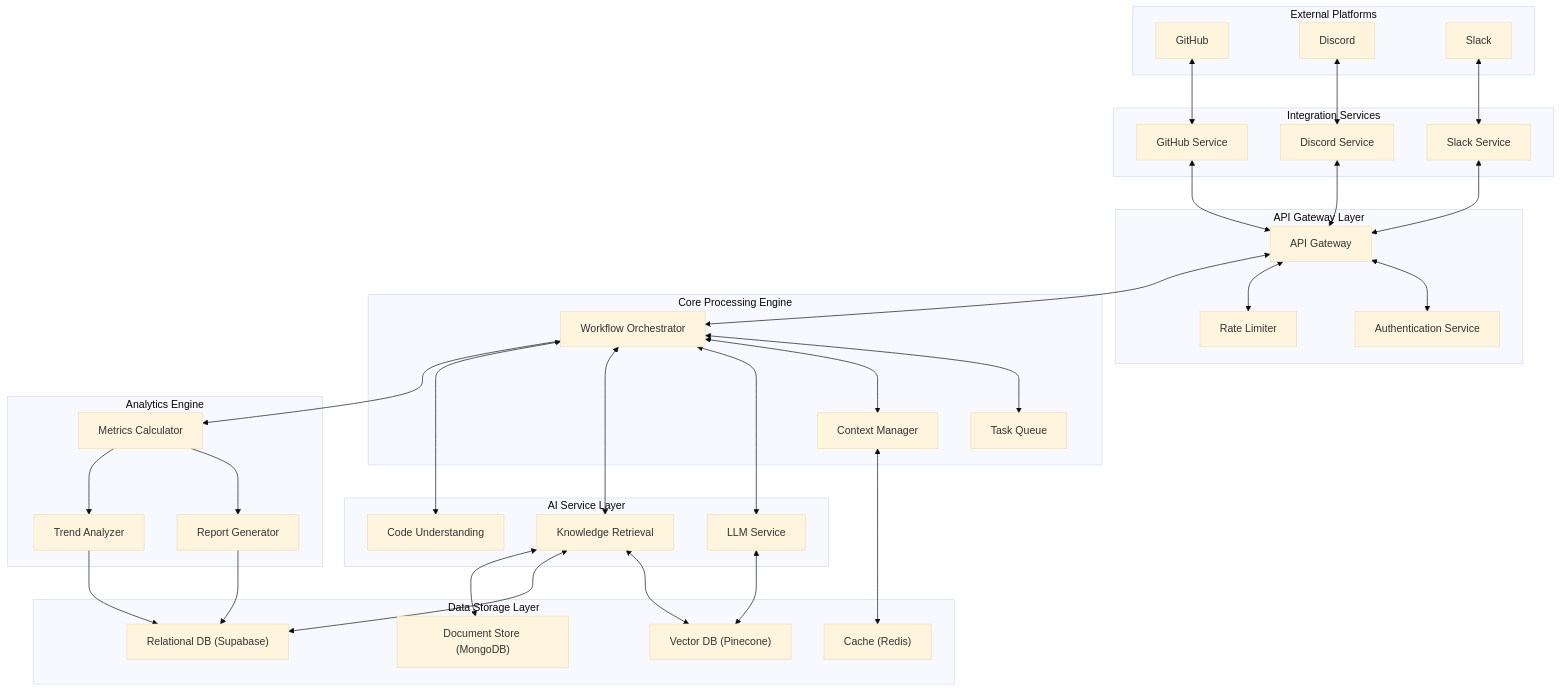
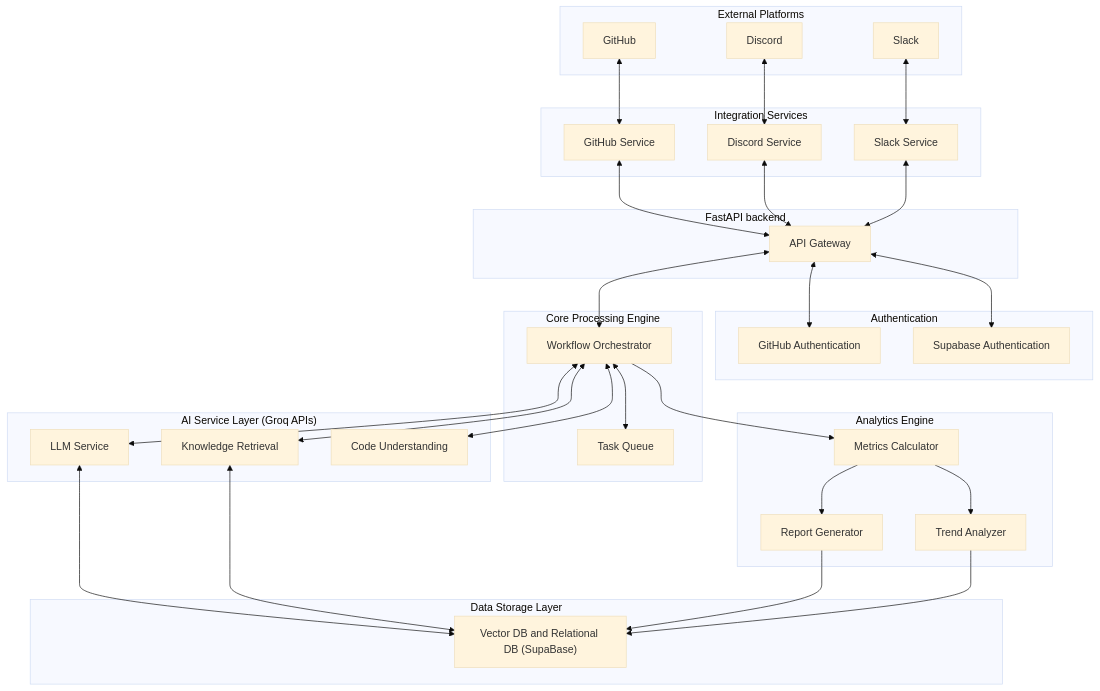
The first of 9 diagrams in README.md (ParagGhatage/Devr.AI-prototype), drawn with Mermaid (base theme) before and after one commit. The commit also changed other lines of this file, not shown here.

````diff
--- a/README.md
+++ b/README.md
@@ -31,79 +29,80 @@
 ```mermaid
 flowchart TB
     subgraph "External Platforms"
         GH["GitHub"]
         DS["Discord"]
         SL["Slack"]
         
     end
 
-    subgraph "API Gateway Layer"
+    subgraph "FastAPI backend"
         API["API Gateway"]
-        AUTH["Authentication Service"]
-        RATE["Rate Limiter"]
+        
+    end
+
+    subgraph "Authentication"
+        GitAuth["GitHub Authentication"]
+        SupaAuth["Supabase Authentication"]
     end
 
     subgraph "Core Processing Engine"
         WF["Workflow Orchestrator"]
         Q["Task Queue"]
-        CTX["Context Manager"]
+        
     end
 
-    subgraph "AI Service Layer"
+    subgraph "AI Service Layer (Groq APIs)"
         LLM["LLM Service"]
         KR["Knowledge Retrieval"]
         CODE["Code Understanding"]
     end
 
     subgraph "Integration Services"
         GHS["GitHub Service"]
         DSS["Discord Service"]
         SLS["Slack Service"]
        
     end
 
     subgraph "Data Storage Layer"
-        VDB["Vector DB (Pinecone)"]
-        RDB["Relational DB (Supabase)"]
-        DOC["Document Store (MongoDB)"]
-        CACHE["Cache (Redis)"]
+        VDB["Vector DB and Relational DB (SupaBase)"]
+        
     end
 
     subgraph "Analytics Engine"
         METRICS["Metrics Calculator"]
         REPORT["Report Generator"]
         TREND["Trend Analyzer"]
     end
 
     GH <--> GHS
     DS <--> DSS
     SL <--> SLS
     
 
     GHS <--> API
     DSS <--> API
     SLS <--> API
     
 
-    API <--> AUTH
-    API <--> RATE
+    API <--> GitAuth
+    API <--> SupaAuth
+    
     API <--> WF
 
     WF <--> Q
-    WF <--> CTX
+    
     WF <--> LLM
     WF <--> KR
     WF <--> CODE
 
     LLM <--> VDB
     KR <--> VDB
-    KR <--> RDB
-    KR <--> DOC
-    CTX <--> CACHE
+   
 
     WF --> METRICS
     METRICS --> REPORT
     METRICS --> TREND
-    REPORT --> RDB
-    TREND --> RDB
+    REPORT --> VDB
+    TREND --> VDB
 ```
````
